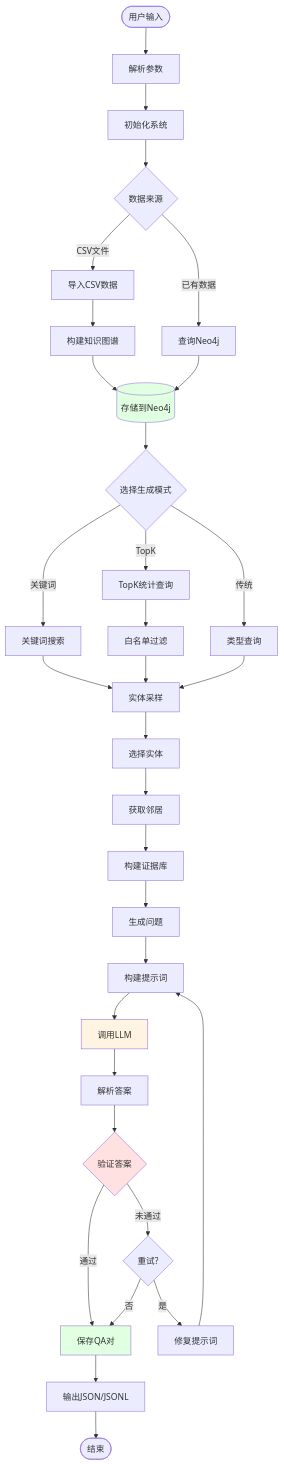
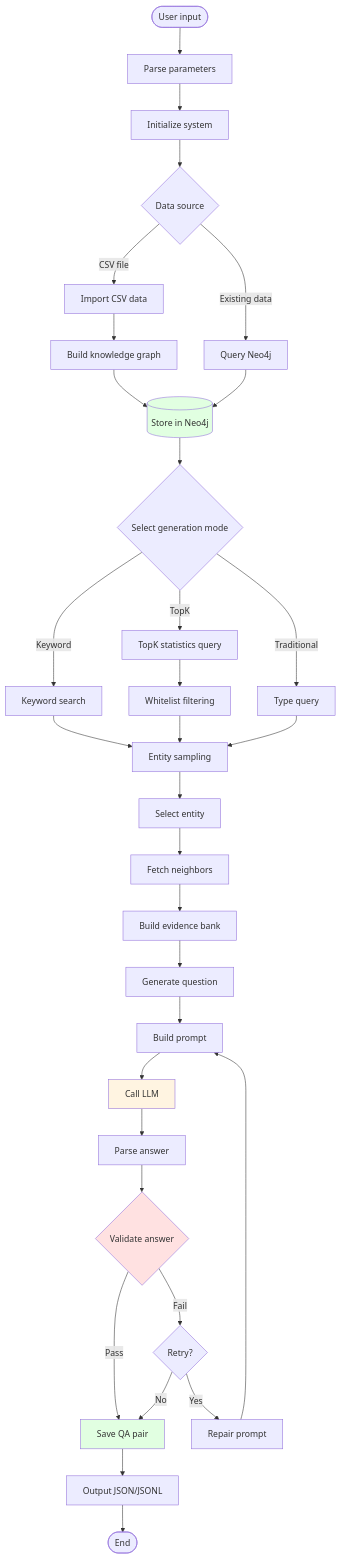
One commit to JackKuo666/QALoop changed the sixth of 7 diagrams in pipelines/kg_synthesis/README.md. Above: the diagram before and after it, drawn with Mermaid. The commit also changed other lines of this file and 25 other files, not shown here.

````diff
--- a/pipelines/kg_synthesis/README.md
+++ b/pipelines/kg_synthesis/README.md
@@ -470,46 +470,46 @@
 ```mermaid
 flowchart TD
-    Start([用户输入]) --> Parse[解析参数]
-    Parse --> Init[初始化系统]
+    Start([User input]) --> Parse[Parse parameters]
+    Parse --> Init[Initialize system]
     
-    Init --> Data{数据来源}
-    Data -->|CSV文件| Import[导入CSV数据]
-    Data -->|已有数据| Query[查询Neo4j]
+    Init --> Data{Data source}
+    Data -->|CSV file| Import[Import CSV data]
+    Data -->|Existing data| Query[Query Neo4j]
     
-    Import --> BuildKG[构建知识图谱]
-    BuildKG --> Store[(存储到Neo4j)]
+    Import --> BuildKG[Build knowledge graph]
+    BuildKG --> Store[(Store in Neo4j)]
     Query --> Store
     
-    Store --> Select{选择生成模式}
-    Select -->|关键词| KeySearch[关键词搜索]
-    Select -->|TopK| TopKQuery[TopK统计查询]
-    Select -->|传统| TypeQuery[类型查询]
+    Store --> Select{Select generation mode}
+    Select -->|Keyword| KeySearch[Keyword search]
+    Select -->|TopK| TopKQuery[TopK statistics query]
+    Select -->|Traditional| TypeQuery[Type query]
     
-    KeySearch --> Sample[实体采样]
-    TopKQuery --> Filter[白名单过滤]
+    KeySearch --> Sample[Entity sampling]
+    TopKQuery --> Filter[Whitelist filtering]
     Filter --> Sample
     TypeQuery --> Sample
     
-    Sample --> Entity[选择实体]
-    Entity --> Neighbor[获取邻居]
-    Neighbor --> Evidence[构建证据库]
-    Evidence --> Question[生成问题]
-    Question --> Prompt[构建提示词]
-    Prompt --> LLMCall[调用LLM]
+    Sample --> Entity[Select entity]
+    Entity --> Neighbor[Fetch neighbors]
+    Neighbor --> Evidence[Build evidence bank]
+    Evidence --> Question[Generate question]
+    Question --> Prompt[Build prompt]
+    Prompt --> LLMCall[Call LLM]
     
-    LLMCall --> Answer[解析答案]
-    Answer --> Validate{验证答案}
-    Validate -->|通过| Save[保存QA对]
-    Validate -->|未通过| Retry{重试?}
-    Retry -->|是| Repair[修复提示词]
+    LLMCall --> Answer[Parse answer]
+    Answer --> Validate{Validate answer}
+    Validate -->|Pass| Save[Save QA pair]
+    Validate -->|Fail| Retry{Retry?}
+    Retry -->|Yes| Repair[Repair prompt]
     Repair --> Prompt
-    Retry -->|否| Save
+    Retry -->|No| Save
     
-    Save --> Output[输出JSON/JSONL]
-    Output --> End([结束])
+    Save --> Output[Output JSON/JSONL]
+    Output --> End([End])
     
     style LLMCall fill:#fff4e1
     style Validate fill:#ffe1e1
     style Save fill:#e1ffe1
     style Store fill:#e1ffe1
 ```
````
